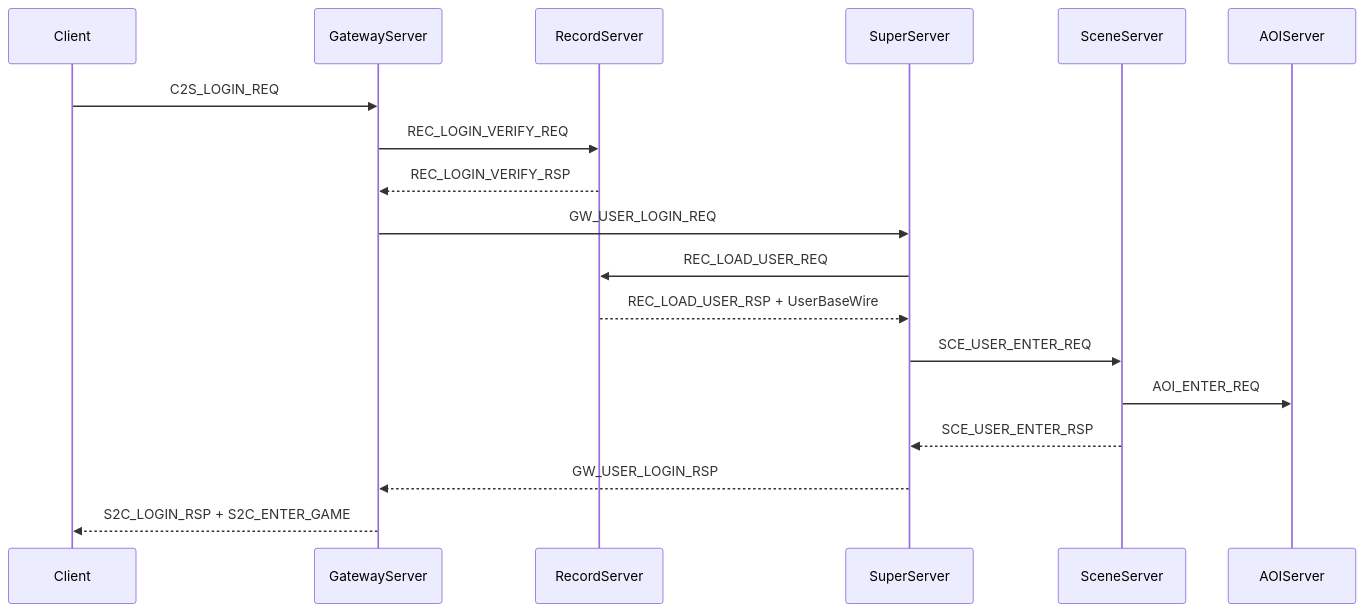
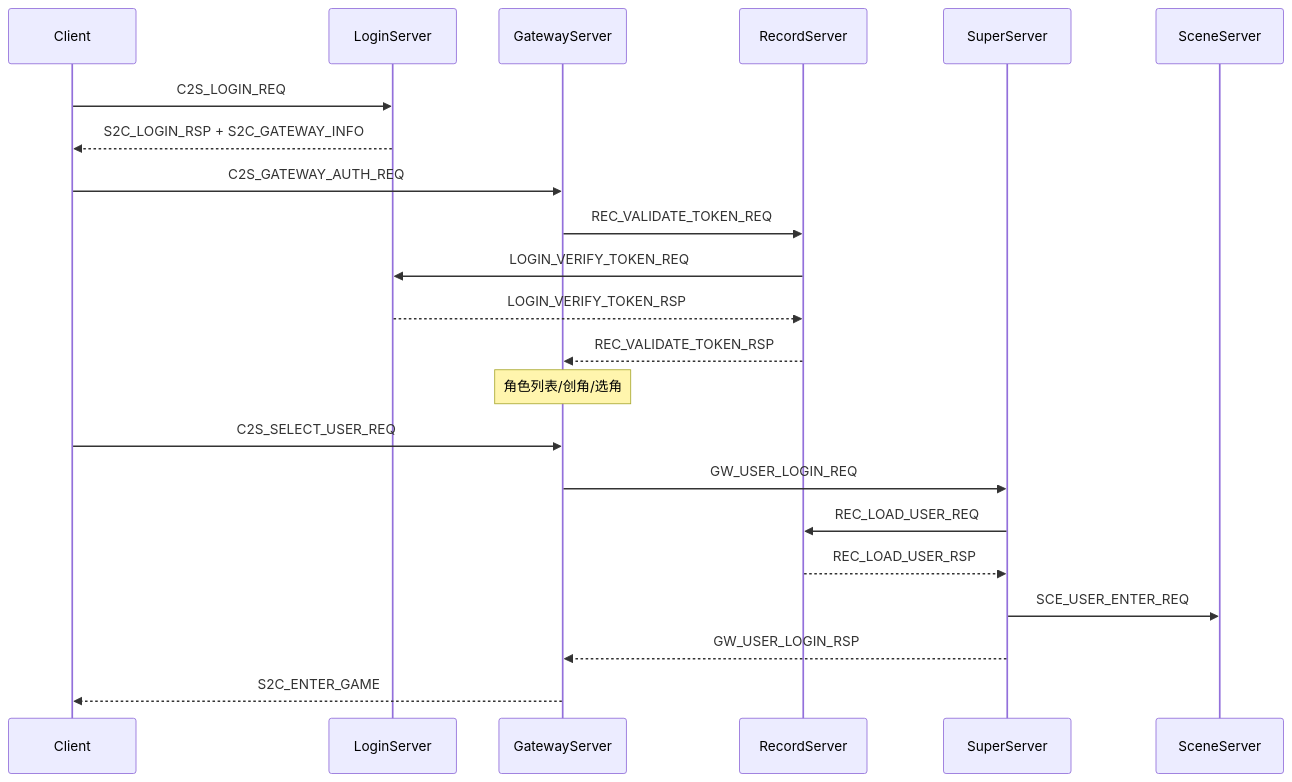
The fifth of 6 diagrams in docs/ARCHITECTURE.md (hechuangguo/RPG_Server), drawn with Mermaid before and after one commit. The commit also changed other lines of this file and 77 other files, not shown here.

````diff
--- a/docs/ARCHITECTURE.md
+++ b/docs/ARCHITECTURE.md
@@ -348,21 +391,25 @@
 ```mermaid
 sequenceDiagram
     participant C as Client
+    participant LS as LoginServer
     participant GW as GatewayServer
     participant REC as RecordServer
     participant SS as SuperServer
     participant SCE as SceneServer
-    participant AOI as AOIServer
 
-    C->>GW: C2S_LOGIN_REQ
-    GW->>REC: REC_LOGIN_VERIFY_REQ
-    REC-->>GW: REC_LOGIN_VERIFY_RSP
+    C->>LS: C2S_LOGIN_REQ
+    LS-->>C: S2C_LOGIN_RSP + S2C_GATEWAY_INFO
+    C->>GW: C2S_GATEWAY_AUTH_REQ
+    GW->>REC: REC_VALIDATE_TOKEN_REQ
+    REC->>LS: LOGIN_VERIFY_TOKEN_REQ
+    LS-->>REC: LOGIN_VERIFY_TOKEN_RSP
+    REC-->>GW: REC_VALIDATE_TOKEN_RSP
+    Note over GW: 角色列表/创角/选角
+    C->>GW: C2S_SELECT_USER_REQ
     GW->>SS: GW_USER_LOGIN_REQ
     SS->>REC: REC_LOAD_USER_REQ
-    REC-->>SS: REC_LOAD_USER_RSP + UserBaseWire
+    REC-->>SS: REC_LOAD_USER_RSP
     SS->>SCE: SCE_USER_ENTER_REQ
-    SCE->>AOI: AOI_ENTER_REQ
-    SCE-->>SS: SCE_USER_ENTER_RSP
     SS-->>GW: GW_USER_LOGIN_RSP
-    GW-->>C: S2C_LOGIN_RSP + S2C_ENTER_GAME
+    GW-->>C: S2C_ENTER_GAME
 ```
````
